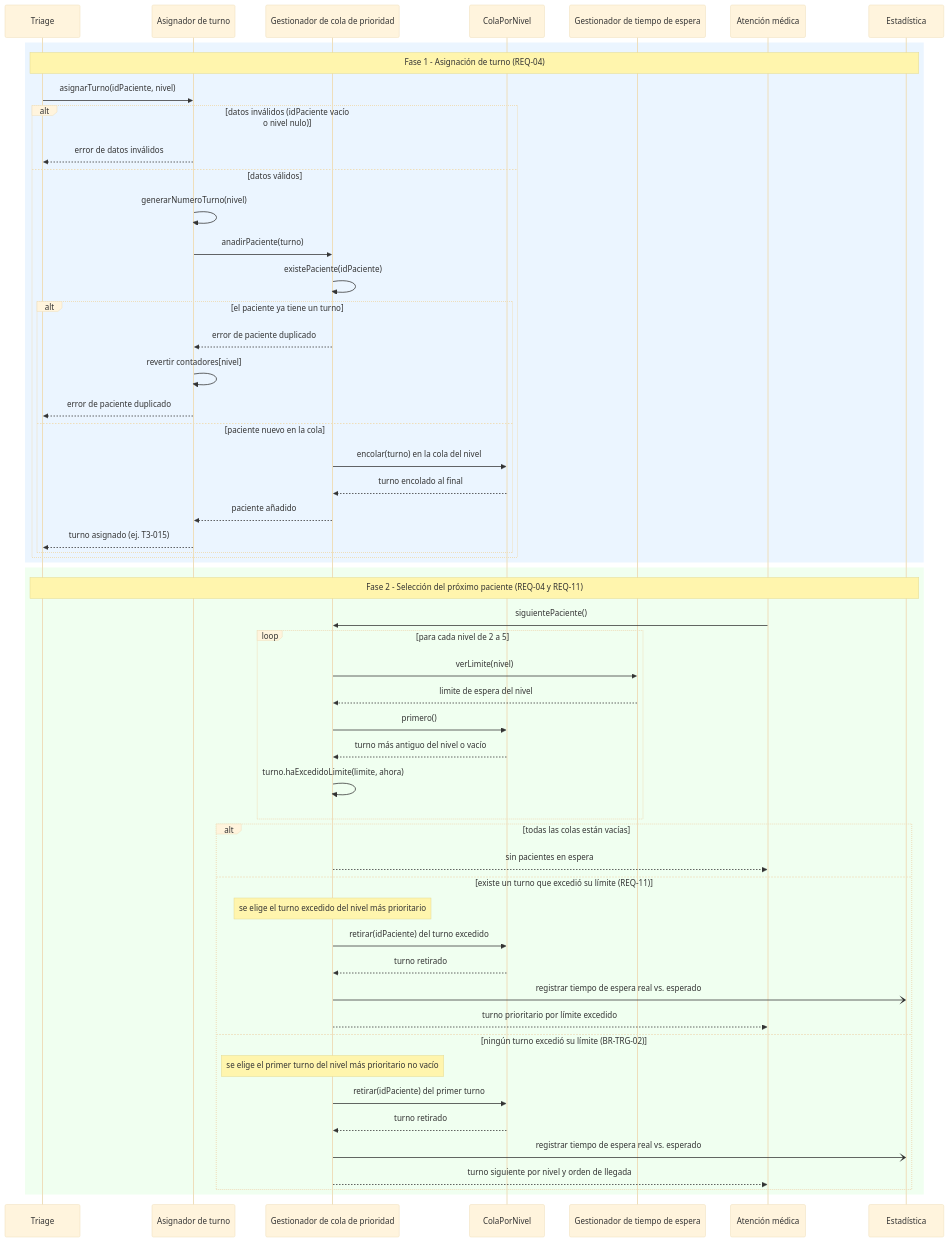
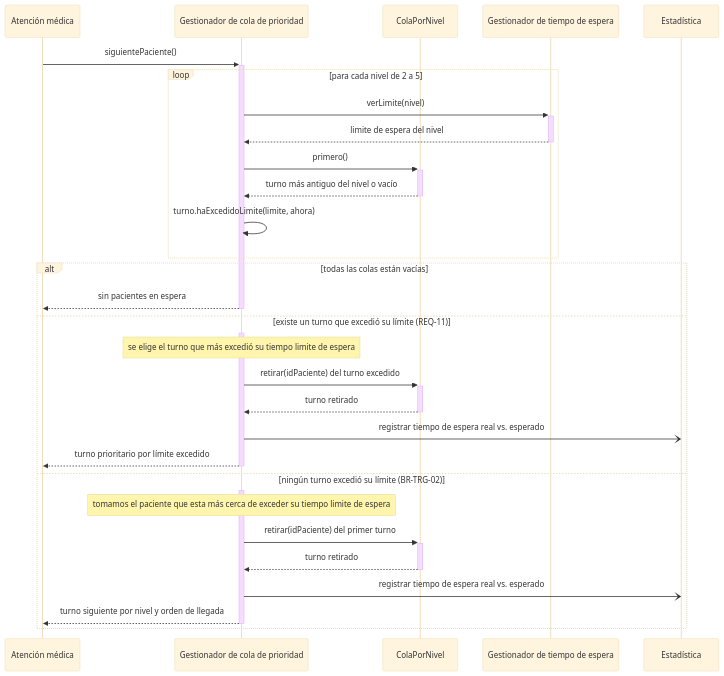
The second of 3 diagrams in docs/design/02_Interaction_and_Data_Design.md (Dielix22/Dinez), drawn with Mermaid (base theme) before and after one commit. The commit also changed other lines of this file, not shown here.

````diff
--- a/docs/design/02_Interaction_and_Data_Design.md
+++ b/docs/design/02_Interaction_and_Data_Design.md
@@ -20,59 +62,34 @@
 ```mermaid
 sequenceDiagram
-    participant TR as Triage
-    participant AT as Asignador de turno
+    participant AM as Atención médica
     participant GC as Gestionador de cola de prioridad
     participant CN as ColaPorNivel
     participant GT as Gestionador de tiempo de espera
-    participant AM as Atención médica
     participant ES as Estadística
 
-    rect rgb(235, 245, 255)
-    Note over TR,ES: Fase 1 - Asignación de turno (REQ-04)
-    TR->>AT: asignarTurno(idPaciente, nivel)
-    alt datos inválidos (idPaciente vacío o nivel nulo)
-        AT-->>TR: error de datos inválidos
-    else datos válidos
-        AT->>AT: generarNumeroTurno(nivel)
-        AT->>GC: anadirPaciente(turno)
-        GC->>GC: existePaciente(idPaciente)
-        alt el paciente ya tiene un turno
-            GC-->>AT: error de paciente duplicado
-            AT->>AT: revertir contadores[nivel]
-            AT-->>TR: error de paciente duplicado
-        else paciente nuevo en la cola
-            GC->>CN: encolar(turno) en la cola del nivel
-            CN-->>GC: turno encolado al final
-            GC-->>AT: paciente añadido
-            AT-->>TR: turno asignado (ej. T3-015)
-        end
-    end
-    end
-
-    rect rgb(240, 255, 240)
-    Note over TR,ES: Fase 2 - Selección del próximo paciente (REQ-04 y REQ-11)
-    AM->>GC: siguientePaciente()
+    AM->>+GC: siguientePaciente()
     loop para cada nivel de 2 a 5
-        GC->>GT: verLimite(nivel)
-        GT-->>GC: limite de espera del nivel
-        GC->>CN: primero()
-        CN-->>GC: turno más antiguo del nivel o vacío
+        GC->>+GT: verLimite(nivel)
+        GT-->>-GC: limite de espera del nivel
+        GC->>+CN: primero()
+        CN-->>-GC: turno más antiguo del nivel o vacío
         GC->>GC: turno.haExcedidoLimite(limite, ahora)
     end
     alt todas las colas están vacías
-        GC-->>AM: sin pacientes en espera
+        GC-->>-AM: sin pacientes en espera
     else existe un turno que excedió su límite (REQ-11)
-        Note over GC: se elige el turno excedido del nivel más prioritario
-        GC->>CN: retirar(idPaciente) del turno excedido
-        CN-->>GC: turno retirado
+        activate GC
+        Note over GC: se elige el turno que más excedió su tiempo limite de espera
+        GC->>+CN: retirar(idPaciente) del turno excedido
+        CN-->>-GC: turno retirado
         GC-)ES: registrar tiempo de espera real vs. esperado
-        GC-->>AM: turno prioritario por límite excedido
+        GC-->>-AM: turno prioritario por límite excedido
     else ningún turno excedió su límite (BR-TRG-02)
-        Note over GC: se elige el primer turno del nivel más prioritario no vacío
-        GC->>CN: retirar(idPaciente) del primer turno
-        CN-->>GC: turno retirado
+        activate GC
+        Note over GC: tomamos el paciente que esta más cerca de exceder su tiempo limite de espera
+        GC->>+CN: retirar(idPaciente) del primer turno
+        CN-->>-GC: turno retirado
         GC-)ES: registrar tiempo de espera real vs. esperado
-        GC-->>AM: turno siguiente por nivel y orden de llegada
-    end
+        GC-->>-AM: turno siguiente por nivel y orden de llegada
     end
 ```
````
